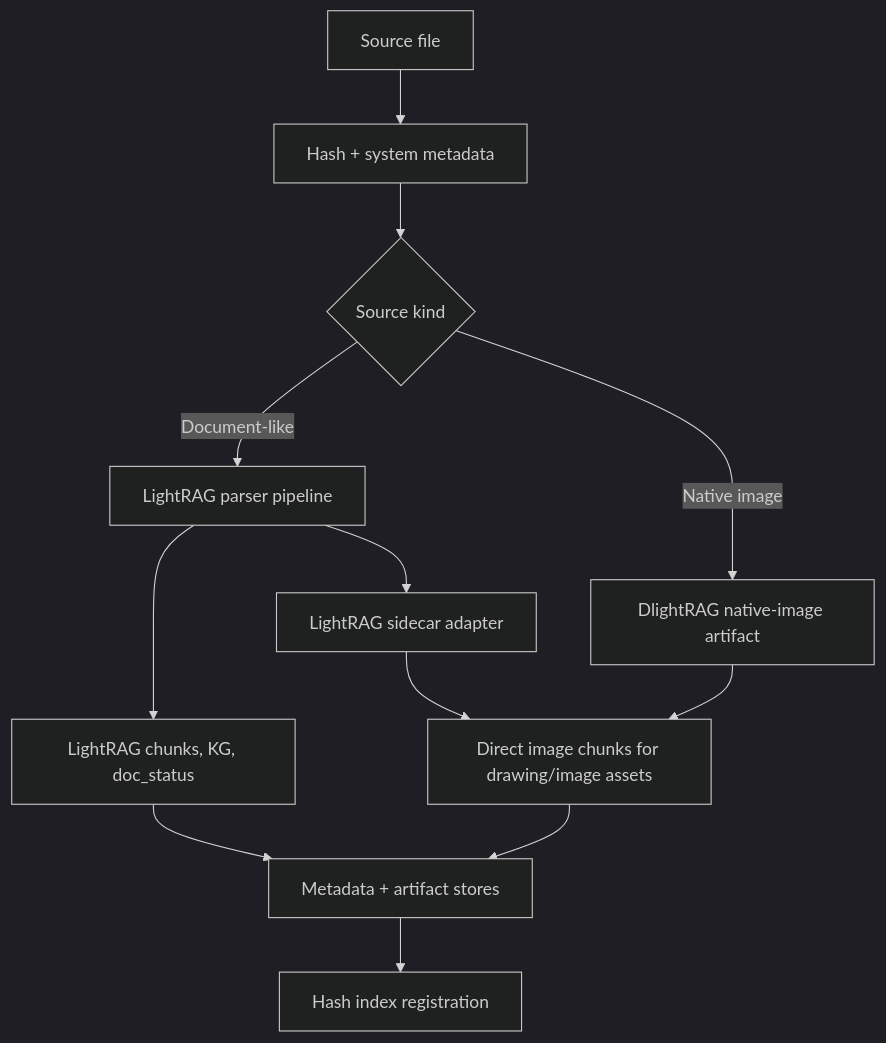
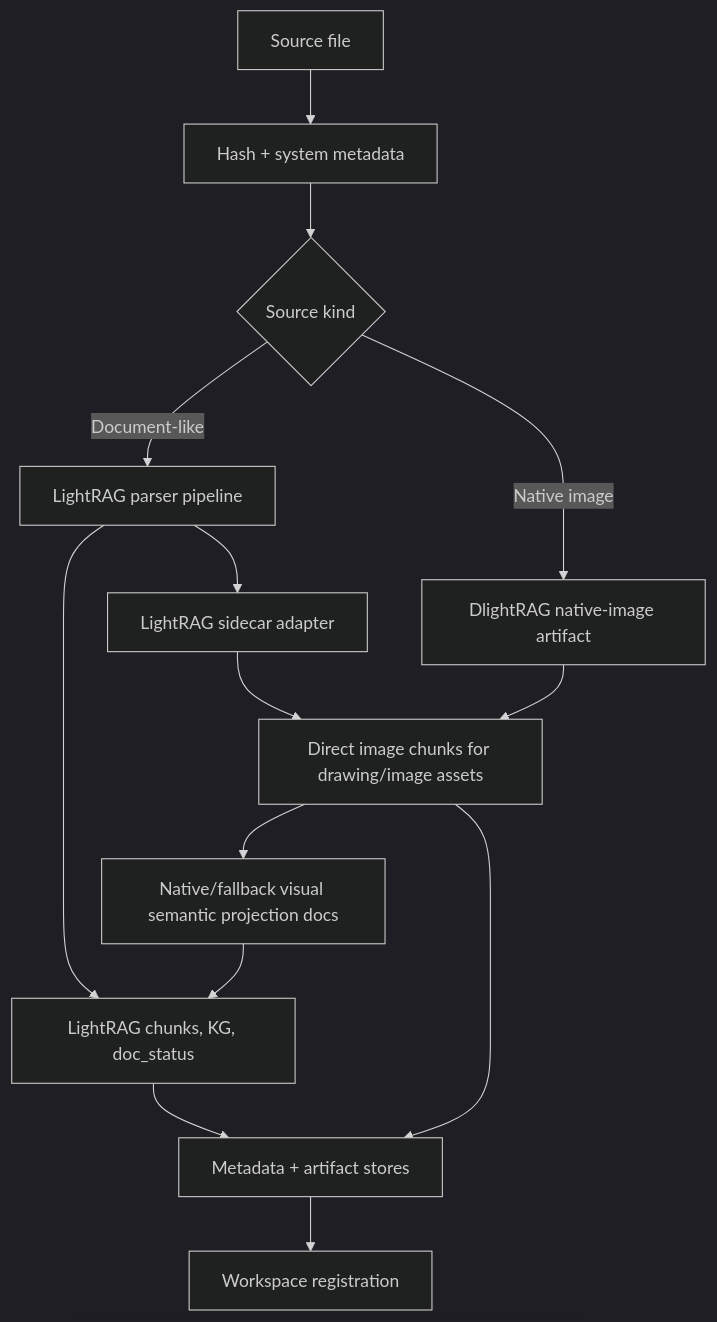
Before and after one commit to hanlianlu/DlightRAG: the first of 2 diagrams in docs/superpowers/specs/2026-05-24-lightrag-main-sidecar-unified-design.md, drawn with Mermaid (dark theme). The commit also changed other lines of this file and 1 other file, not shown here.

````diff
--- a/docs/superpowers/specs/2026-05-24-lightrag-main-sidecar-unified-design.md
+++ b/docs/superpowers/specs/2026-05-24-lightrag-main-sidecar-unified-design.md
@@ -121,14 +122,16 @@
 ```mermaid
 flowchart TD
     A["Source file"] --> B["Hash + system metadata"]
     B --> C{"Source kind"}
     C -->|"Document-like"| D["LightRAG parser pipeline"]
     C -->|"Native image"| E["DlightRAG native-image artifact"]
     D --> F["LightRAG chunks, KG, doc_status"]
     D --> G["LightRAG sidecar adapter"]
     G --> H["Direct image chunks for drawing/image assets"]
     E --> H
+    H --> K["Native/fallback visual semantic projection docs"]
+    K --> F
     F --> I["Metadata + artifact stores"]
     H --> I
-    I --> J["Hash index registration"]
+    I --> J["Workspace registration"]
 ```
````
